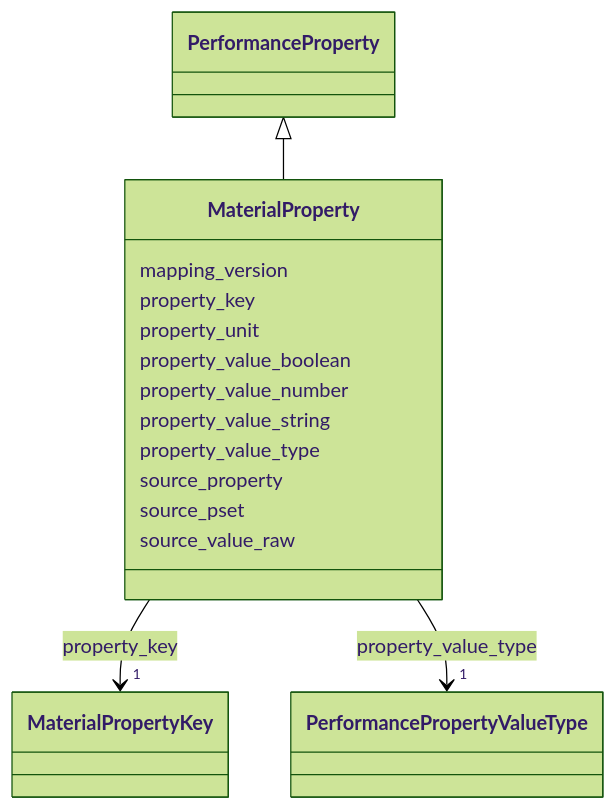
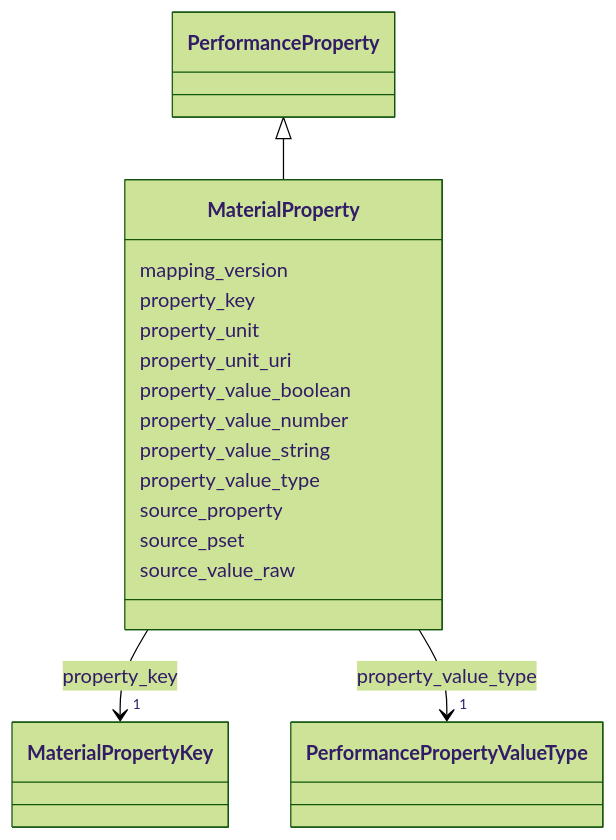
Before and after one commit to simondilhas/pragmatic-bim-data-contract: the diagram in latest/schema/MaterialProperty.md, drawn with Mermaid (forest theme). The commit also changed other lines of this file and 1314 other files, not shown here.

````diff
--- a/latest/schema/MaterialProperty.md
+++ b/latest/schema/MaterialProperty.md
@@ -18,47 +23,49 @@
 ```mermaid
  classDiagram
     class MaterialProperty
     click MaterialProperty href "../MaterialProperty/"
       PerformanceProperty <|-- MaterialProperty
         click PerformanceProperty href "../PerformanceProperty/"
       
       MaterialProperty : mapping_version
         
       MaterialProperty : property_key
         
           
     
         
         
         MaterialProperty --> "1" MaterialPropertyKey : property_key
         click MaterialPropertyKey href "../MaterialPropertyKey/"
     
 
         
       MaterialProperty : property_unit
+        
+      MaterialProperty : property_unit_uri
         
       MaterialProperty : property_value_boolean
         
       MaterialProperty : property_value_number
         
       MaterialProperty : property_value_string
         
       MaterialProperty : property_value_type
         
           
     
         
         
         MaterialProperty --> "1" PerformancePropertyValueType : property_value_type
         click PerformancePropertyValueType href "../PerformancePropertyValueType/"
     
 
         
       MaterialProperty : source_property
         
       MaterialProperty : source_pset
         
       MaterialProperty : source_value_raw
         
       
 ```
````
